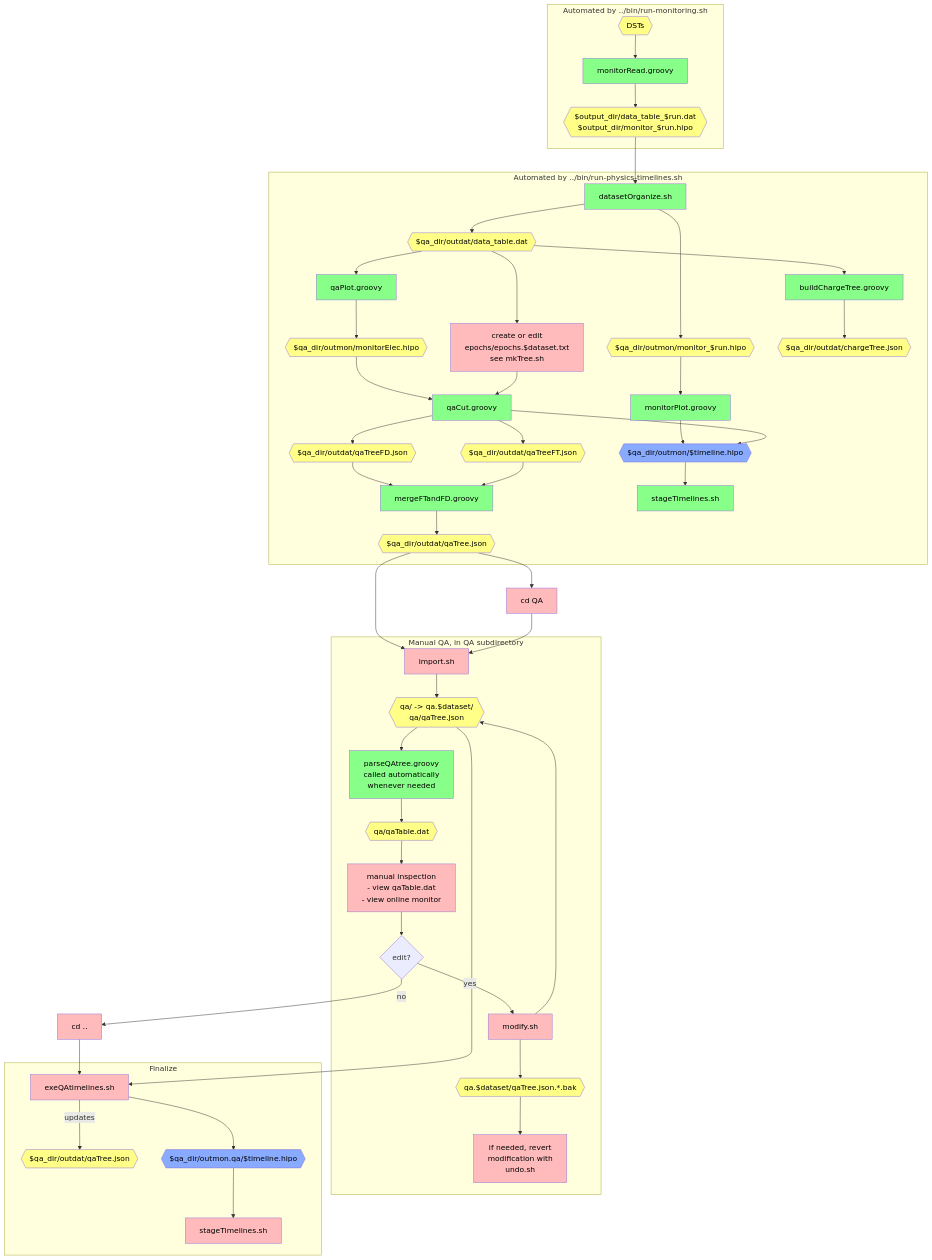
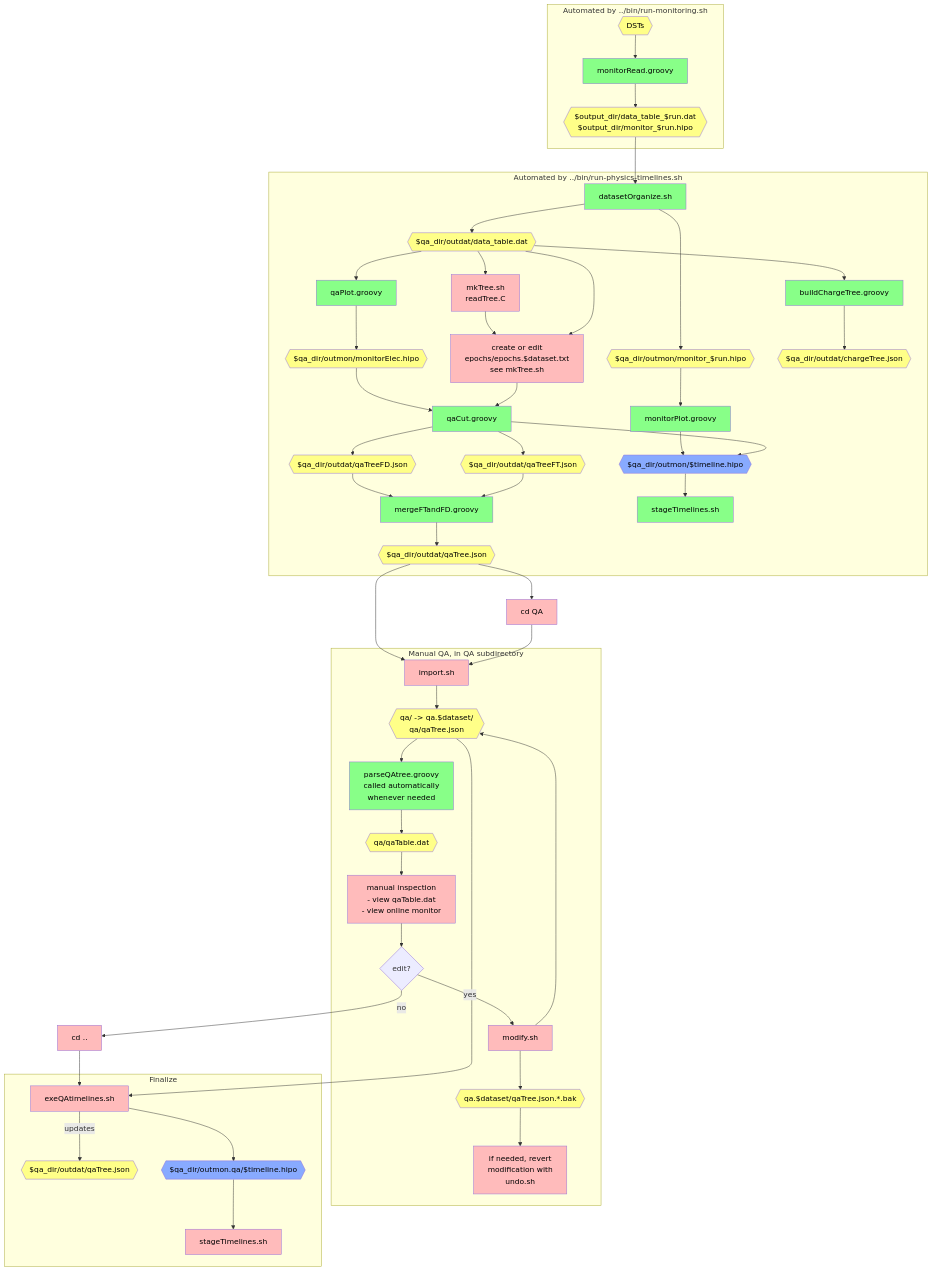
One commit to JeffersonLab/clas12-timeline changed the second of 2 diagrams in qa-physics/docs/docDiagram.md. Above: the diagram before and after it, drawn with Mermaid.

```diff
--- a/qa-physics/docs/docDiagram.md
+++ b/qa-physics/docs/docDiagram.md
@@ -49,7 +49,8 @@
       monitorPlot --> timelineFiles
 
       qaPlot[qaPlot.groovy]:::auto
-      createEpochs[create or edit<br>epochs/epochs.$dataset.txt<br>see mkTree.sh]:::manual
+      outdatFiles --> mkTree[mkTree.sh<br />readTree.C]:::manual
+      mkTree --> createEpochs[create or edit<br>epochs/epochs.$dataset.txt<br>see mkTree.sh]:::manual
       monitorElec{{$qa_dir/outmon/monitorElec.hipo}}:::data
       outdatFiles --> qaPlot
       outdatFiles --> createEpochs
```
